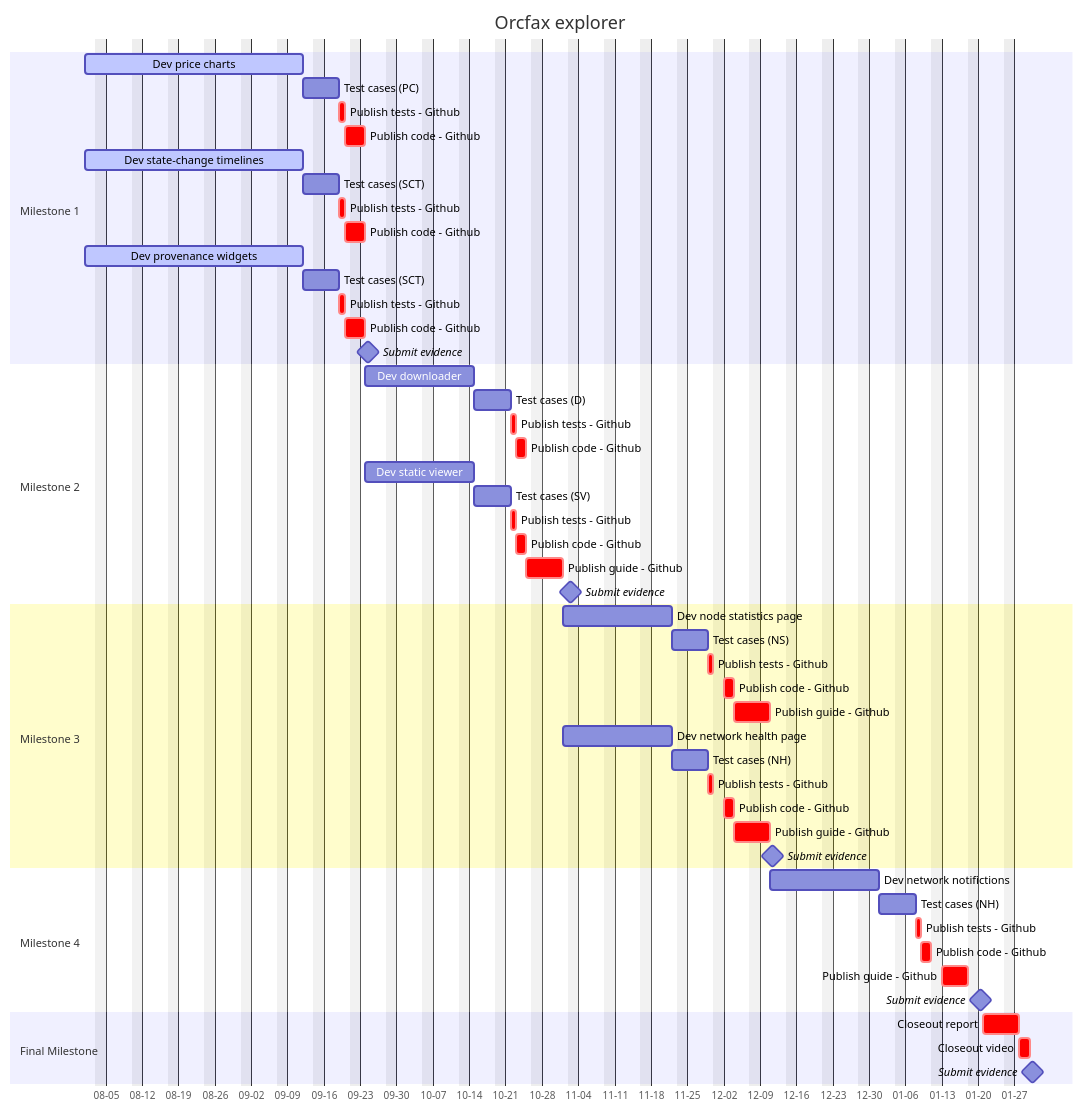
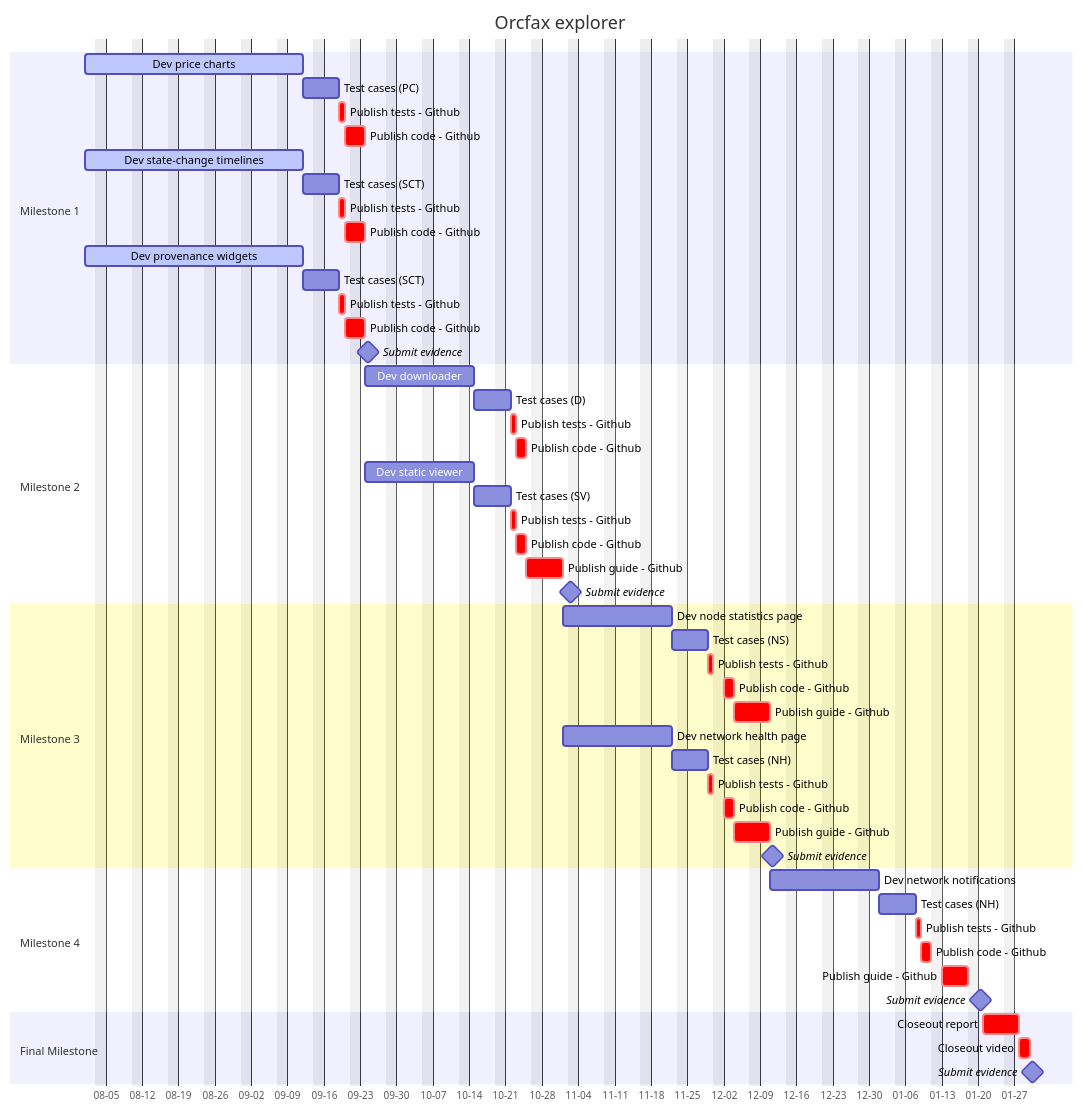
Before and after one commit to orcfax/docs: the diagram in docs/developer-manual/Catalyst/f12-explorer.md, drawn with Mermaid. The commit also changed other lines of this file and 1 other file, not shown here.

Commit message:
3b149f8 fixes

````diff
--- a/docs/developer-manual/Catalyst/f12-explorer.md
+++ b/docs/developer-manual/Catalyst/f12-explorer.md
@@ -30,69 +31,69 @@
 ```mermaid
 gantt
     title Orcfax explorer
     dateFormat YY-M-D
     axisFormat %m-%d
     tickInterval 1week
     weekday monday
     excludes    weekends
     section Milestone 1
         Dev price charts               :active,          pc1, 24-8-1, 24-8-31
         Test cases (PC)                :                 pc2, after pc1, 5d
         Publish tests - Github         :crit,            pc3, after pc2, 1d
         Publish code - Github          :crit,            pc4, after pc3, 2d
 
         Dev state-change timelines     :active,          sct1, 24-8-1, 24-8-31
         Test cases (SCT)               :                 sct2, after sct1, 5d
         Publish tests - Github         :crit,            sct3, after sct2, 1d
         Publish code - Github          :crit,            sct4, after sct3, 2d
 
         Dev provenance widgets         :active,          pw1, 24-8-1, 24-8-31
         Test cases (SCT)               :                 pw2, after pw1, 5d
         Publish tests - Github         :crit,            pw3, after pw2, 1d
         Publish code - Github          :crit,            pw4, after pw3, 2d
 
         Submit evidence                :milestone,       m1, after pw4, 1d
 
     section Milestone 2
         Dev downloader                 :                 d1, after pw4, 15d
         Test cases (D)                 :                 d2, after d1, 5d
         Publish tests - Github         :crit,            d3, after d2, 1d
         Publish code - Github          :crit,            d4, after d3, 2d
 
         Dev static viewer              :                 sv1, after pw4, 15d
         Test cases (SV)                :                 sv2, after sv1, 5d
         Publish tests - Github         :crit,            sv3, after sv2, 1d
         Publish code - Github          :crit,            sv4, after sv3, 2d
         Publish guide - Github         :crit,            sv5, after sv4, 5d
 
         Submit evidence                :milestone,       m2, after sv5, 1d
 
     section Milestone 3
         Dev node statistics page       :                 ns1, after sv5, 15d
         Test cases (NS)                :                 ns2, after ns1, 5d
         Publish tests - Github         :crit,            ns3, after ns2, 1d
         Publish code - Github          :crit,            ns4, after ns3, 2d
         Publish guide - Github         :crit,            ns5, after ns4, 5d
 
         Dev network health page        :                 nh1, after sv5, 15d
         Test cases (NH)                :                 nh2, after nh1, 5d
         Publish tests - Github         :crit,            nh3, after nh2, 1d
         Publish code - Github          :crit,            nh4, after nh3, 2d
         Publish guide - Github         :crit,            nh5, after nh4, 5d
 
         Submit evidence                :milestone,       m3, after nh5, 1d
 
     section Milestone 4
-        Dev network notifictions       :                 nn1, after nh5, 15d
+        Dev network notifications       :                 nn1, after nh5, 15d
         Test cases (NH)                :                 nn2, after nn1, 5d
         Publish tests - Github         :crit,            nn3, after nn2, 1d
         Publish code - Github          :crit,            nn4, after nn3, 2d
         Publish guide - Github         :crit,            nn5, after nn4, 5d
 
         Submit evidence                :milestone,       m4, after nn5, 1d
 
     section Final Milestone
         Closeout report                :crit,            m5, after m4, 5d
         Closeout video                 :crit,            m6, after m5, 2d
         Submit evidence                :milestone,       m7, after m6, 1d
 ```
````
